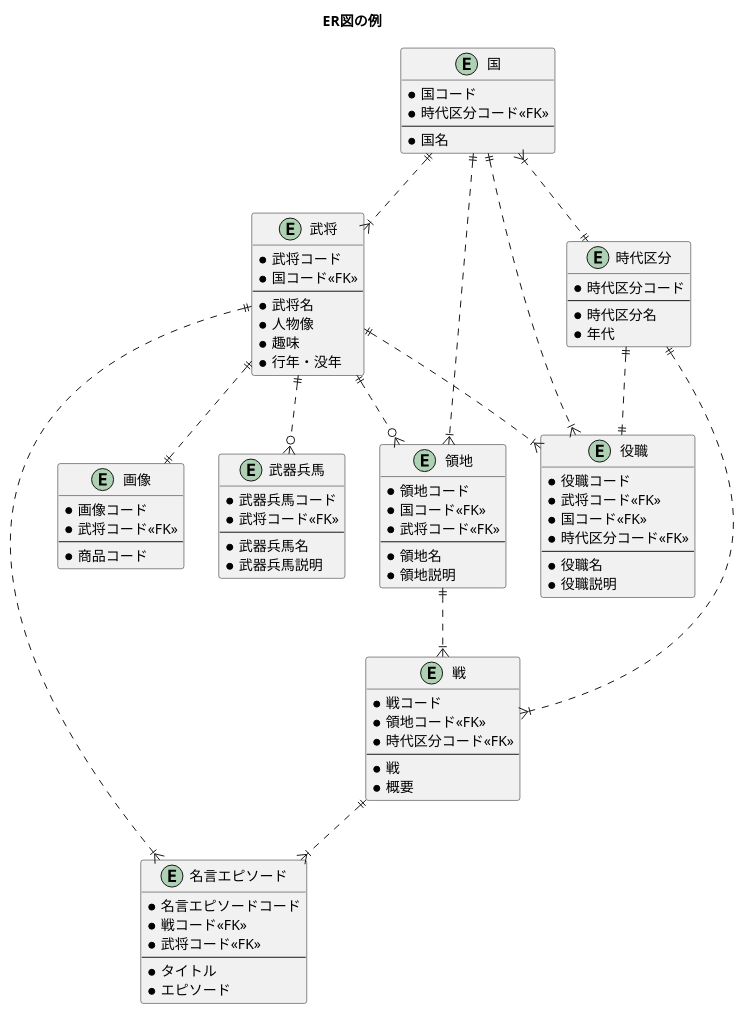
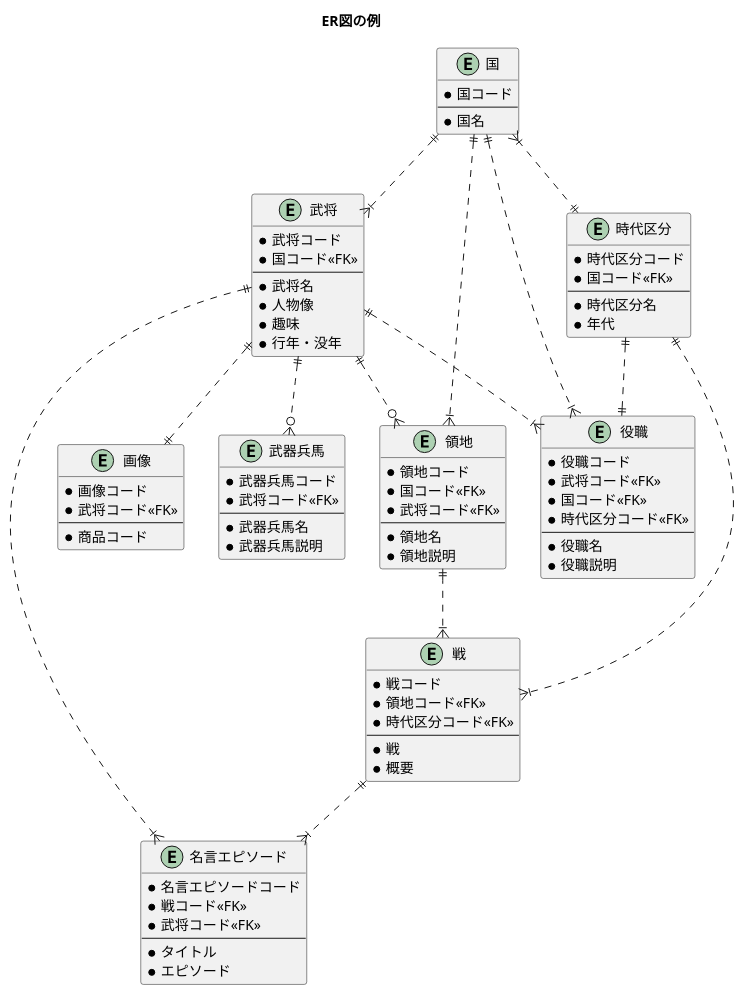
One commit to pnskh112/sangokushi-api-document changed the second of 2 diagrams in 30_design/bd/bd_sangokushiApi/bd_sangokushiApi.md. Above: the diagram before and after it, drawn with PlantUML. The commit also changed other lines of this file and 1 other file, not shown here.

```diff
--- a/30_design/bd/bd_sangokushiApi/bd_sangokushiApi.md
+++ b/30_design/bd/bd_sangokushiApi/bd_sangokushiApi.md
@@ -62,6 +64,7 @@
 
 entity 時代区分{
   * 時代区分コード
+  * 国コード<<FK>>
   --
   * 時代区分名
   * 年代
@@ -69,7 +72,6 @@
 
 entity 国{
   * 国コード
-  * 時代区分コード<<FK>>
   --
   * 国名
 }
```
